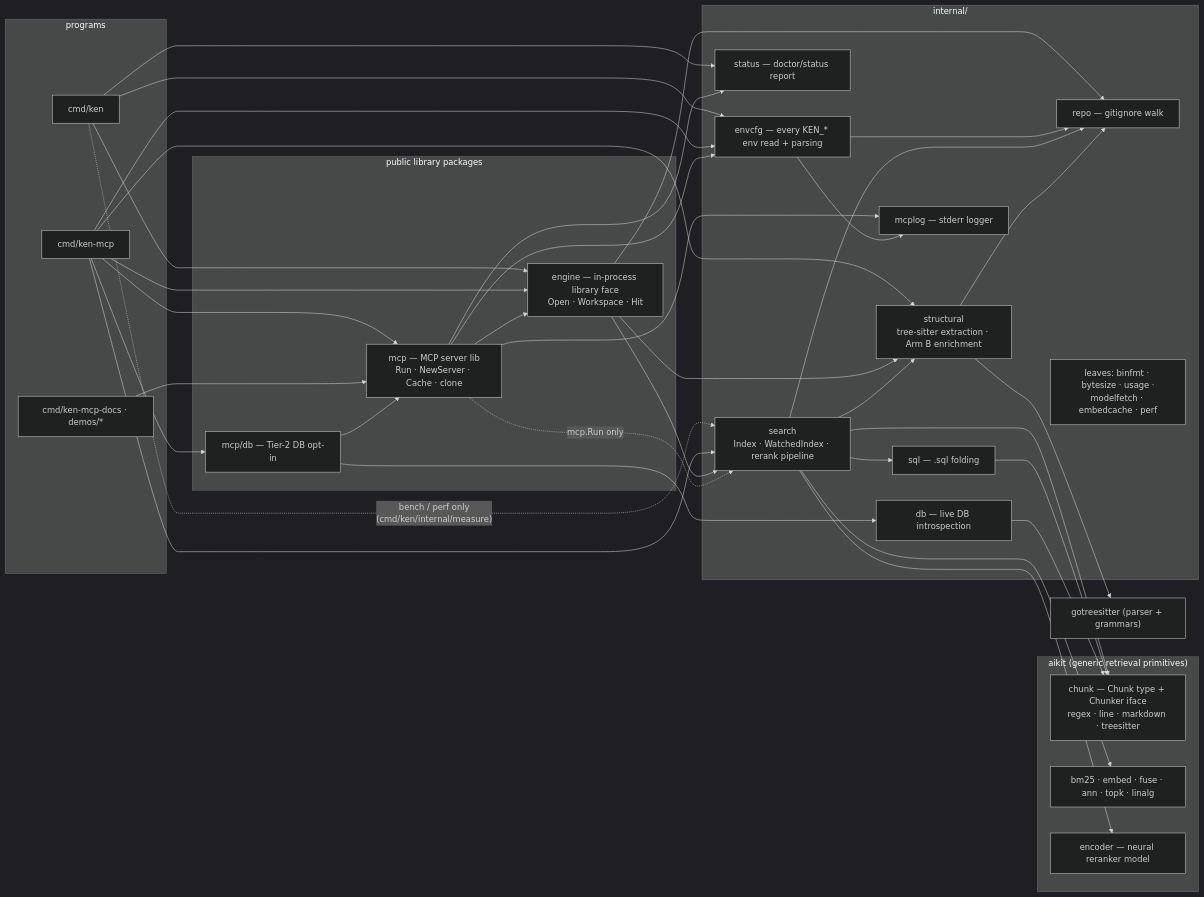
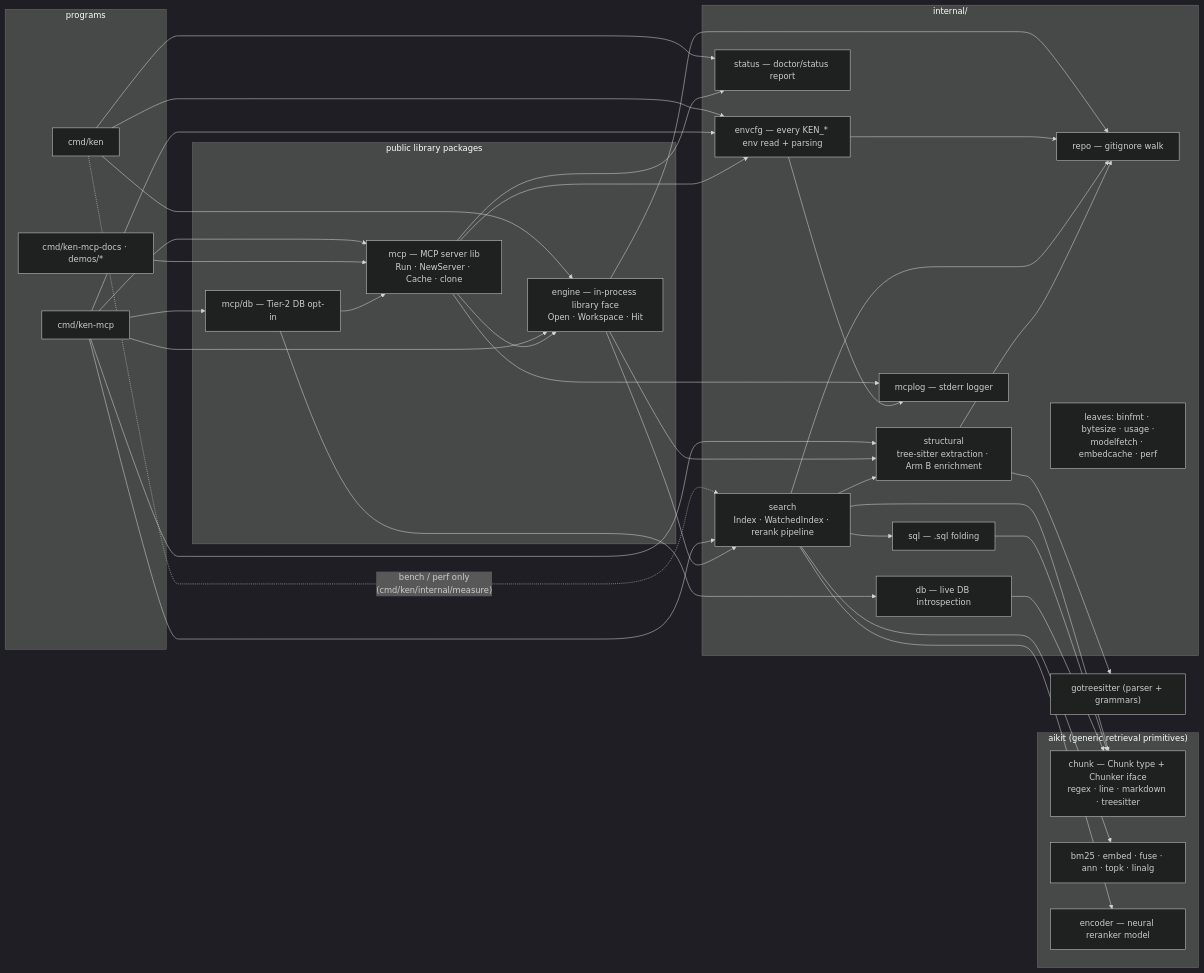
Before and after one commit to townsendmerino/ken: the first of 2 diagrams in ARCHITECTURE.md, drawn with Mermaid (dark theme). The commit also changed 13 other files, not shown here.

First line of the commit message:
mcp.Run serves its corpus through engine.OpenFS (composition root, slice 2b)

````diff
--- a/ARCHITECTURE.md
+++ b/ARCHITECTURE.md
@@ -15,44 +15,43 @@
 ```mermaid
 graph LR
     subgraph aikit ["aikit (generic retrieval primitives)"]
         chunk["chunk — Chunk type + Chunker iface<br/>regex · line · markdown · treesitter"]
         retr["bm25 · embed · fuse · ann · topk · linalg"]
         encoder["encoder — neural reranker model"]
     end
     gts["gotreesitter (parser + grammars)"]
     subgraph programs ["programs"]
         ken["cmd/ken"]
         kenmcp["cmd/ken-mcp"]
         embedded["cmd/ken-mcp-docs · demos/*"]
     end
     subgraph public ["public library packages"]
         engine["engine — in-process library face<br/>Open · Workspace · Hit"]
         mcppkg["mcp — MCP server lib<br/>Run · NewServer · Cache · clone"]
         mcpdb["mcp/db — Tier-2 DB opt-in"]
     end
     subgraph internal ["internal/"]
         search["search<br/>Index · WatchedIndex · rerank pipeline"]
         structural["structural<br/>tree-sitter extraction · Arm B enrichment"]
         repo["repo — gitignore walk"]
         sqlpkg["sql — .sql folding"]
         dbpkg["db — live DB introspection"]
         status["status — doctor/status report"]
         envcfg["envcfg — every KEN_* env read + parsing"]
         mcplog["mcplog — stderr logger"]
         small["leaves: binfmt · bytesize · usage ·<br/>modelfetch · embedcache · perf"]
     end
     ken --> engine & status & envcfg
     ken -. "bench / perf only<br/>(cmd/ken/internal/measure)" .-> search
     kenmcp --> engine & mcppkg & mcpdb & search & structural & envcfg
     embedded --> mcppkg
     engine --> search & structural & repo
     mcppkg --> engine & status & mcplog & envcfg
-    mcppkg -. "mcp.Run only" .-> search
     mcpdb --> mcppkg & dbpkg
     envcfg --> mcplog & repo
     search --> structural & repo & sqlpkg
     structural --> repo
     search --> chunk & retr & encoder
     structural --> gts
     sqlpkg & dbpkg --> chunk
 ```
````
